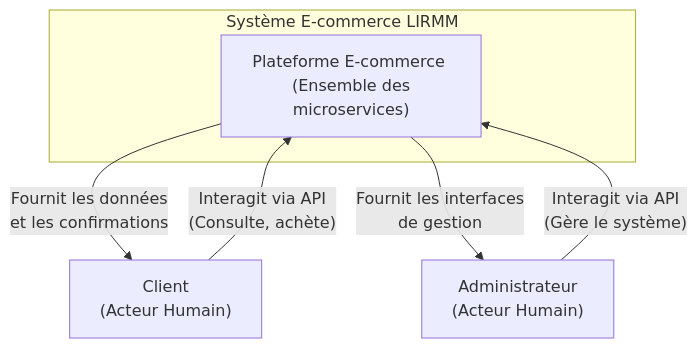
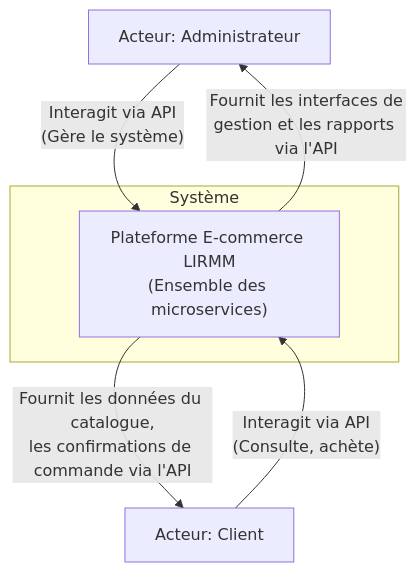
Before and after one commit to HarcheSamir/esisba-lirmm-ecommerce: the second of 12 diagrams in MVP.md, drawn with Mermaid. The commit also changed other lines of this file, not shown here.

````diff
--- a/MVP.md
+++ b/MVP.md
@@ -78,15 +132,15 @@
 ```mermaid
 graph TD
-    subgraph "Système E-commerce LIRMM"
-        System_Boundary["Plateforme E-commerce <br/> (Ensemble des microservices)"]
+    Admin["Acteur: Administrateur"]
+    Customer["Acteur: Client"]
+    
+    subgraph "Système"
+        System_Boundary["Plateforme E-commerce LIRMM<br/>(Ensemble des microservices)"]
     end
-
-    Admin["Administrateur <br/> (Acteur Humain)"]
-    Customer["Client <br/> (Acteur Humain)"]
-
+    
     Customer -- "Interagit via API <br/> (Consulte, achète)" --> System_Boundary
-    System_Boundary -- "Fournit les données <br/> et les confirmations" --> Customer
+    System_Boundary -- "Fournit les données du catalogue,<br/>les confirmations de commande via l'API" --> Customer
 
     Admin -- "Interagit via API <br/> (Gère le système)" --> System_Boundary
-    System_Boundary -- "Fournit les interfaces <br/> de gestion" --> Admin
+    System_Boundary -- "Fournit les interfaces de<br/>gestion et les rapports via l'API" --> Admin
 ```
````
